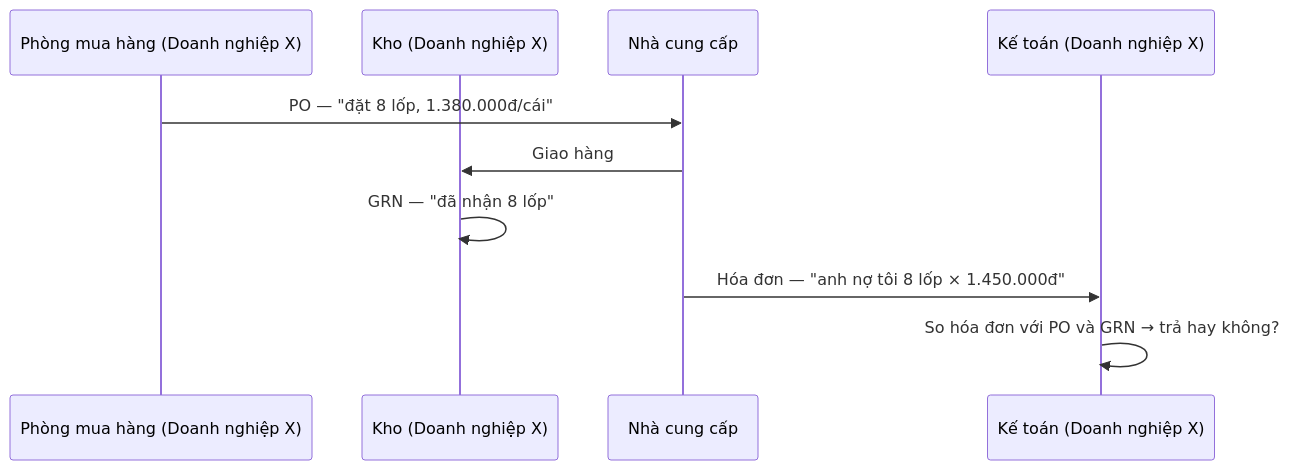
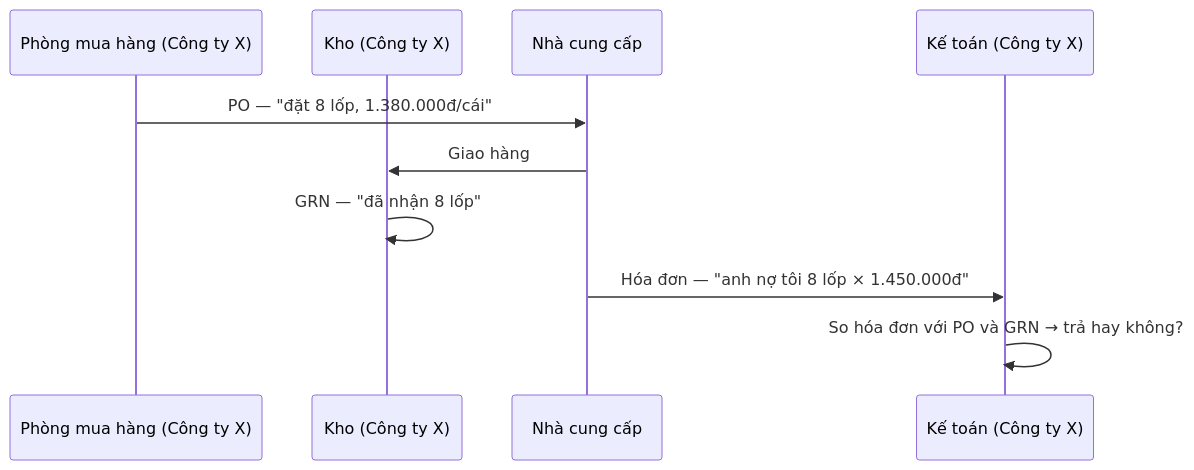
One commit to kamitoznguyen-collab/Fantastic4-BuildPhase changed the diagram in docs/USER_STORIES.md. Above: the diagram before and after it, drawn with Mermaid. The commit also changed other lines of this file and 9 other files, not shown here.

````diff
--- a/docs/USER_STORIES.md
+++ b/docs/USER_STORIES.md
@@ -17,13 +17,13 @@
 ```mermaid
 sequenceDiagram
-    participant MH as Phòng mua hàng (Doanh nghiệp X)
-    participant K as Kho (Doanh nghiệp X)
+    participant MH as Phòng mua hàng (Công ty X)
+    participant K as Kho (Công ty X)
     participant NCC as Nhà cung cấp
-    participant KT as Kế toán (Doanh nghiệp X)
+    participant KT as Kế toán (Công ty X)
 
     MH->>NCC: PO — "đặt 8 lốp, 1.380.000đ/cái"
     NCC->>K: Giao hàng
     K->>K: GRN — "đã nhận 8 lốp"
     NCC->>KT: Hóa đơn — "anh nợ tôi 8 lốp × 1.450.000đ"
     KT->>KT: So hóa đơn với PO và GRN → trả hay không?
 ```
````
